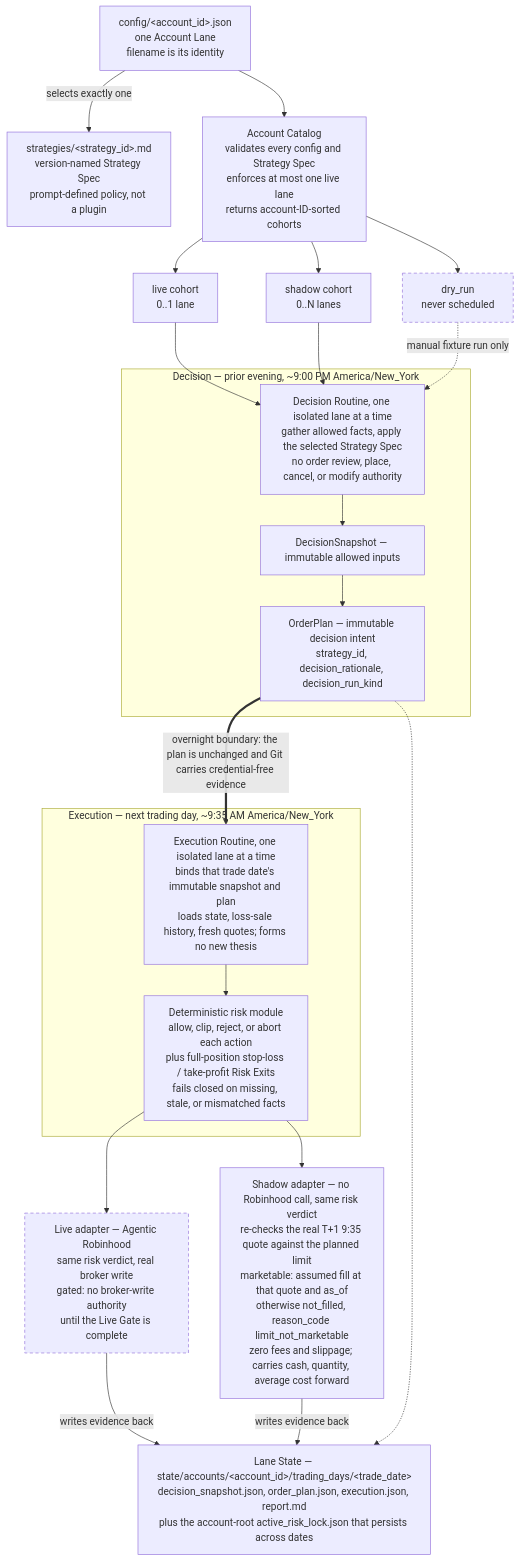
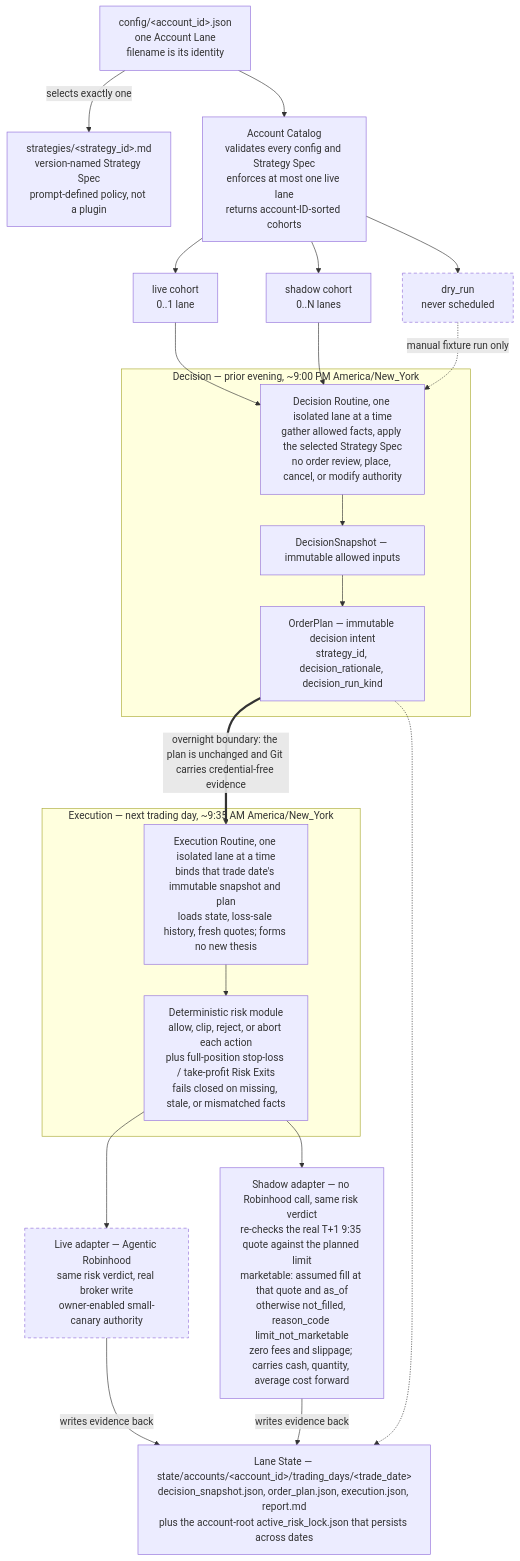
Before and after one commit to Alicia1529/ripple-agentic-trading: the diagram in docs/ARCHITECTURE.md, drawn with Mermaid. The commit also changed other lines of this file and 4 other files, not shown here.

````diff
--- a/docs/ARCHITECTURE.md
+++ b/docs/ARCHITECTURE.md
@@ -9,43 +9,43 @@
 ```mermaid
 flowchart TD
     CFG["config/&lt;account_id&gt;.json<br/>one Account Lane<br/>filename is its identity"]
     SPEC["strategies/&lt;strategy_id&gt;.md<br/>version-named Strategy Spec<br/>prompt-defined policy, not a plugin"]
     CAT["Account Catalog<br/>validates every config and Strategy Spec<br/>enforces at most one live lane<br/>returns account-ID-sorted cohorts"]
 
     CFG -->|"selects exactly one"| SPEC
     CFG --> CAT
 
     CAT --> LIVE["live cohort<br/>0..1 lane"]
     CAT --> SHDW["shadow cohort<br/>0..N lanes"]
     CAT --> DRY["dry_run<br/>never scheduled"]
 
     subgraph DEC_G["Decision — prior evening, ~9:00 PM America/New_York"]
         DEC["Decision Routine, one isolated lane at a time<br/>gather allowed facts, apply the selected Strategy Spec<br/>no order review, place, cancel, or modify authority"]
         SNAP["DecisionSnapshot — immutable allowed inputs"]
         PLAN["OrderPlan — immutable decision intent<br/>strategy_id, decision_rationale, decision_run_kind"]
         DEC --> SNAP --> PLAN
     end
 
     LIVE --> DEC
     SHDW --> DEC
     DRY -.->|"manual fixture run only"| DEC
 
     PLAN ==>|"overnight boundary: the plan is unchanged and Git carries credential-free evidence"| EXE
 
     subgraph EXE_G["Execution — next trading day, ~9:35 AM America/New_York"]
         EXE["Execution Routine, one isolated lane at a time<br/>binds that trade date's immutable snapshot and plan<br/>loads state, loss-sale history, fresh quotes; forms no new thesis"]
         RISK["Deterministic risk module<br/>allow, clip, reject, or abort each action<br/>plus full-position stop-loss / take-profit Risk Exits<br/>fails closed on missing, stale, or mismatched facts"]
         EXE --> RISK
     end
 
-    RISK --> LADP["Live adapter — Agentic Robinhood<br/>same risk verdict, real broker write<br/>gated: no broker-write authority<br/>until the Live Gate is complete"]
+    RISK --> LADP["Live adapter — Agentic Robinhood<br/>same risk verdict, real broker write<br/>owner-enabled small-canary authority"]
     RISK --> SADP["Shadow adapter — no Robinhood call, same risk verdict<br/>re-checks the real T+1 9:35 quote against the planned limit<br/>marketable: assumed fill at that quote and as_of<br/>otherwise not_filled, reason_code limit_not_marketable<br/>zero fees and slippage; carries cash, quantity, average cost forward"]
 
     LADP -->|"writes evidence back"| ST
     SADP -->|"writes evidence back"| ST
     PLAN -.-> ST
     ST["Lane State — state/accounts/&lt;account_id&gt;/trading_days/&lt;trade_date&gt;<br/>decision_snapshot.json, order_plan.json, execution.json, report.md<br/>plus the account-root active_risk_lock.json that persists across dates"]
 
     classDef gated stroke-dasharray: 5 4;
     class LADP,DRY gated;
 ```
````
